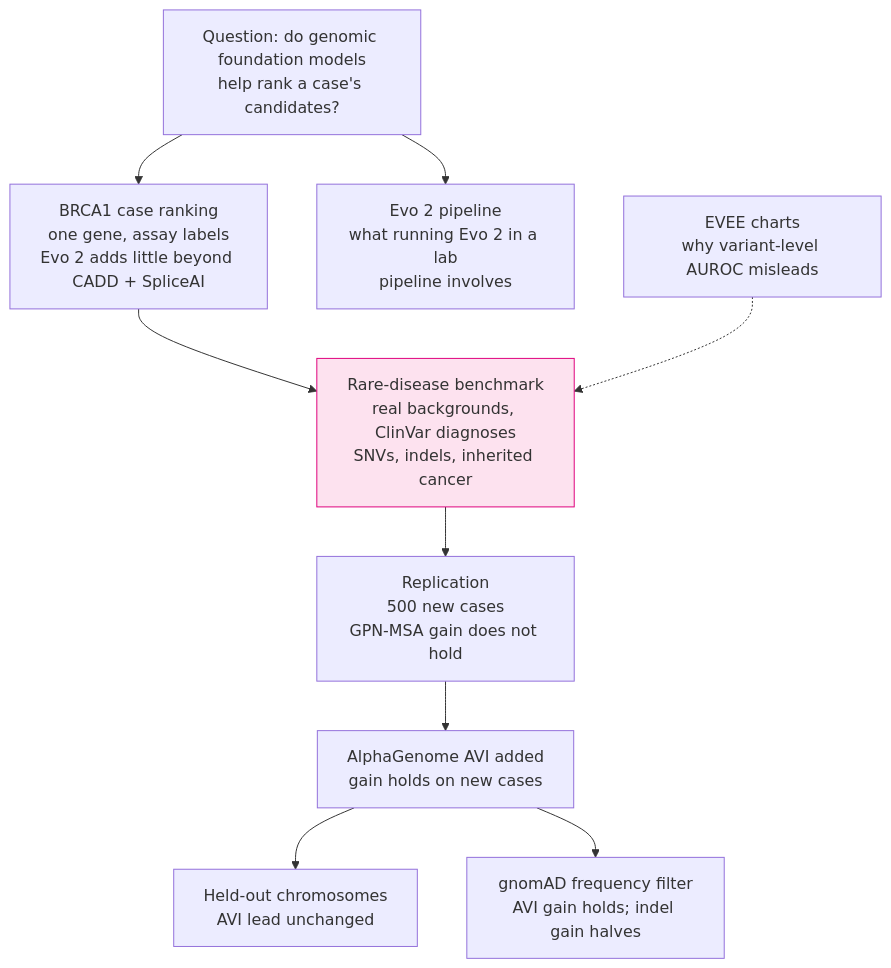
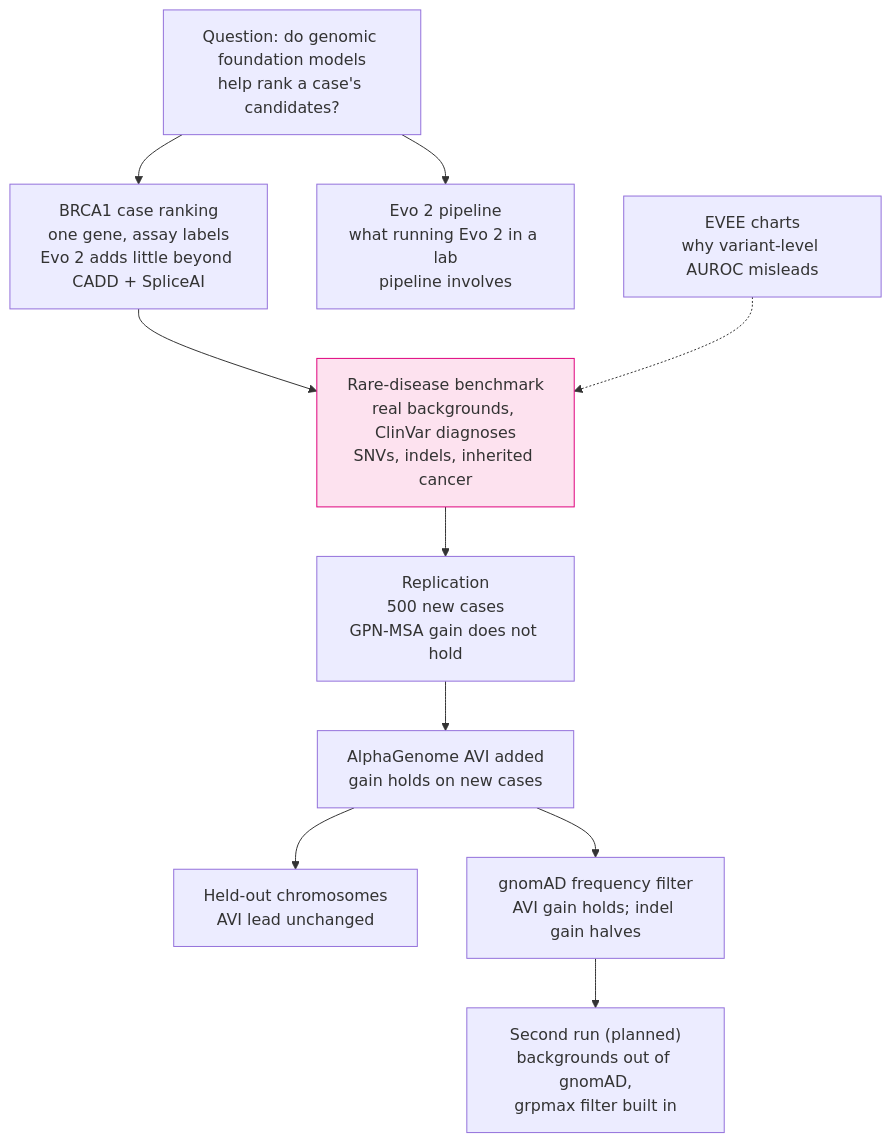
The seventh of 16 diagrams in GUIDE.md (rewire-bio/amp-2026-studies), drawn with Mermaid before and after one commit. The commit also changed other lines of this file and 10 other files, not shown here.

First line of the commit message:
Start rare-disease-v2: proposal, protocol and work plan for the second run

````diff
--- a/GUIDE.md
+++ b/GUIDE.md
@@ -204,13 +208,14 @@
 ```mermaid
 flowchart TB
     q["Question: do genomic foundation models<br/>help rank a case's candidates?"]
     q --> b["BRCA1 case ranking<br/>one gene, assay labels<br/>Evo 2 adds little beyond CADD + SpliceAI"]
     q --> p["Evo 2 pipeline<br/>what running Evo 2 in a lab<br/>pipeline involves"]
     b --> rd["Rare-disease benchmark<br/>real backgrounds, ClinVar diagnoses<br/>SNVs, indels, inherited cancer"]
     rd --> rep["Replication<br/>500 new cases<br/>GPN-MSA gain does not hold"]
     rep --> avi["AlphaGenome AVI added<br/>gain holds on new cases"]
     avi --> held["Held-out chromosomes<br/>AVI lead unchanged"]
     avi --> gn["gnomAD frequency filter<br/>AVI gain holds; indel gain halves"]
+    gn --> v2["Second run (planned)<br/>backgrounds out of gnomAD,<br/>grpmax filter built in"]
     ev["EVEE charts<br/>why variant-level AUROC misleads"] -.-> rd
     style rd fill:#fde2ef,stroke:#df007d
 ```
````
